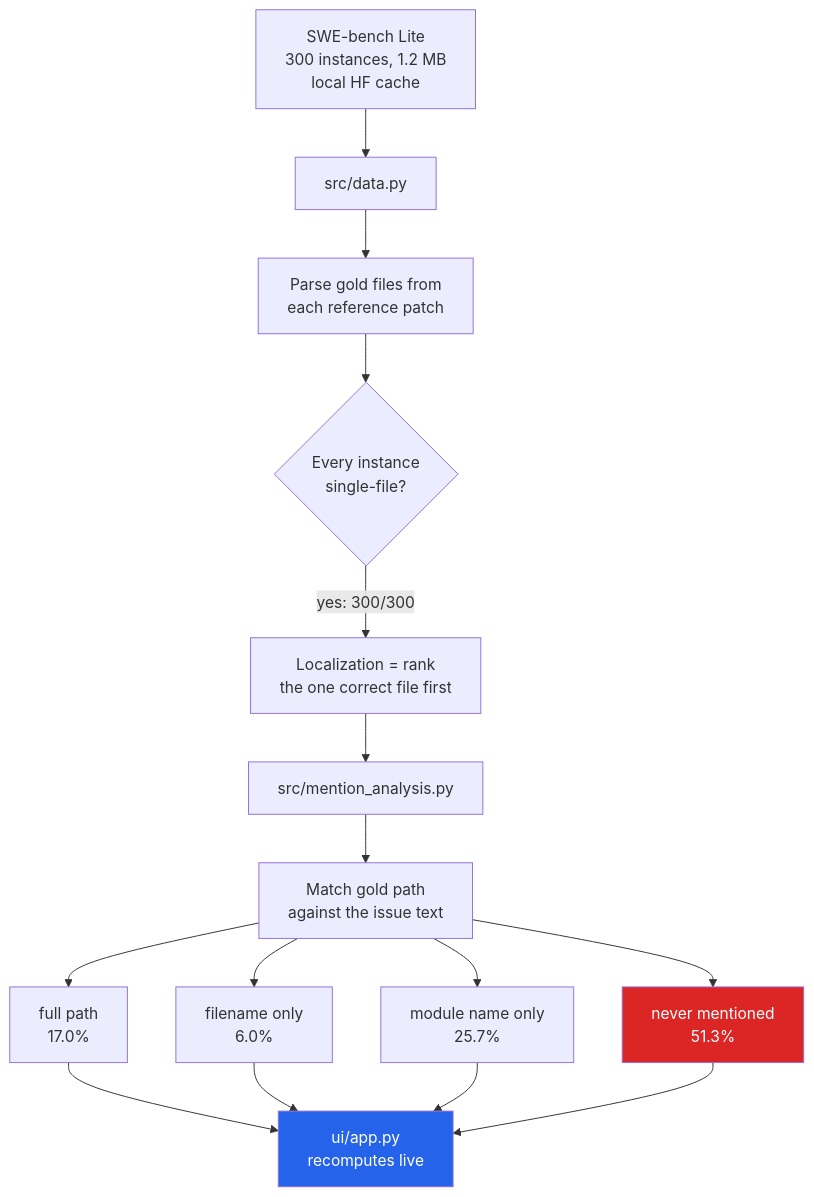
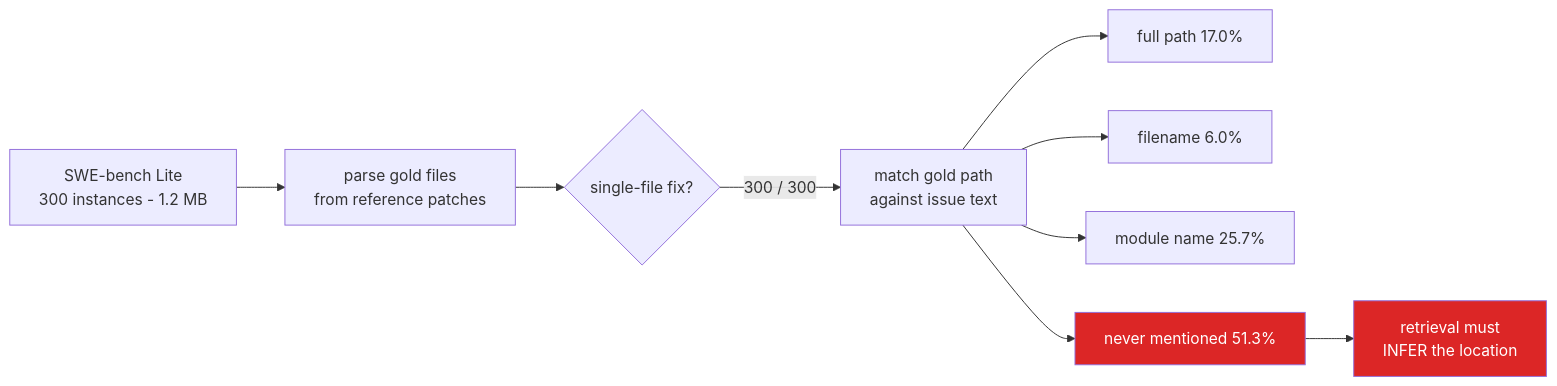
Before and after one commit to hammas159/swebench-localization: the diagram in README.md, drawn with Mermaid. The commit also changed other lines of this file and 5 other files, not shown here.

````diff
--- a/README.md
+++ b/README.md
@@ -127,20 +64,14 @@
 ```mermaid
-flowchart TD
-    A["SWE-bench Lite<br/>300 instances, 1.2 MB<br/>local HF cache"] --> B[src/data.py]
-    B --> C["Parse gold files from<br/>each reference patch"]
-    C --> D{"Every instance<br/>single-file?"}
-    D -->|"yes: 300/300"| E["Localization = rank<br/>the one correct file first"]
-    E --> F[src/mention_analysis.py]
-    F --> G["Match gold path<br/>against the issue text"]
-    G --> H1["full path<br/>17.0%"]
-    G --> H2["filename only<br/>6.0%"]
-    G --> H3["module name only<br/>25.7%"]
-    G --> H4["never mentioned<br/>51.3%"]
-    H1 --> I["ui/app.py<br/>recomputes live"]
-    H2 --> I
-    H3 --> I
-    H4 --> I
+flowchart LR
+    A["SWE-bench Lite<br/>300 instances - 1.2 MB"] --> B["parse gold files<br/>from reference patches"]
+    B --> C{"single-file fix?"}
+    C -->|"300 / 300"| D["match gold path<br/>against issue text"]
+    D --> E["full path 17.0%"]
+    D --> F["filename 6.0%"]
+    D --> G["module name 25.7%"]
+    D --> H["never mentioned 51.3%"]
+    H --> I["retrieval must<br/>INFER the location"]
 
-    style H4 fill:#dc2626,color:#fff
-    style I fill:#2563eb,color:#fff
+    style H fill:#dc2626,color:#fff
+    style I fill:#dc2626,color:#fff
 ```
````
